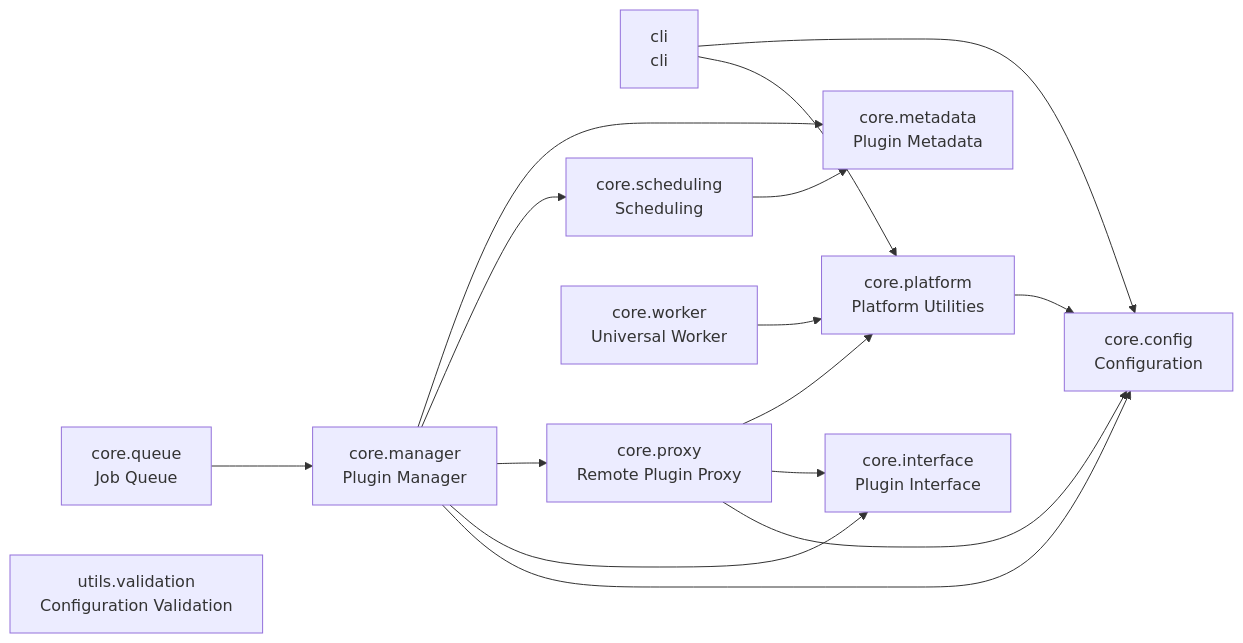
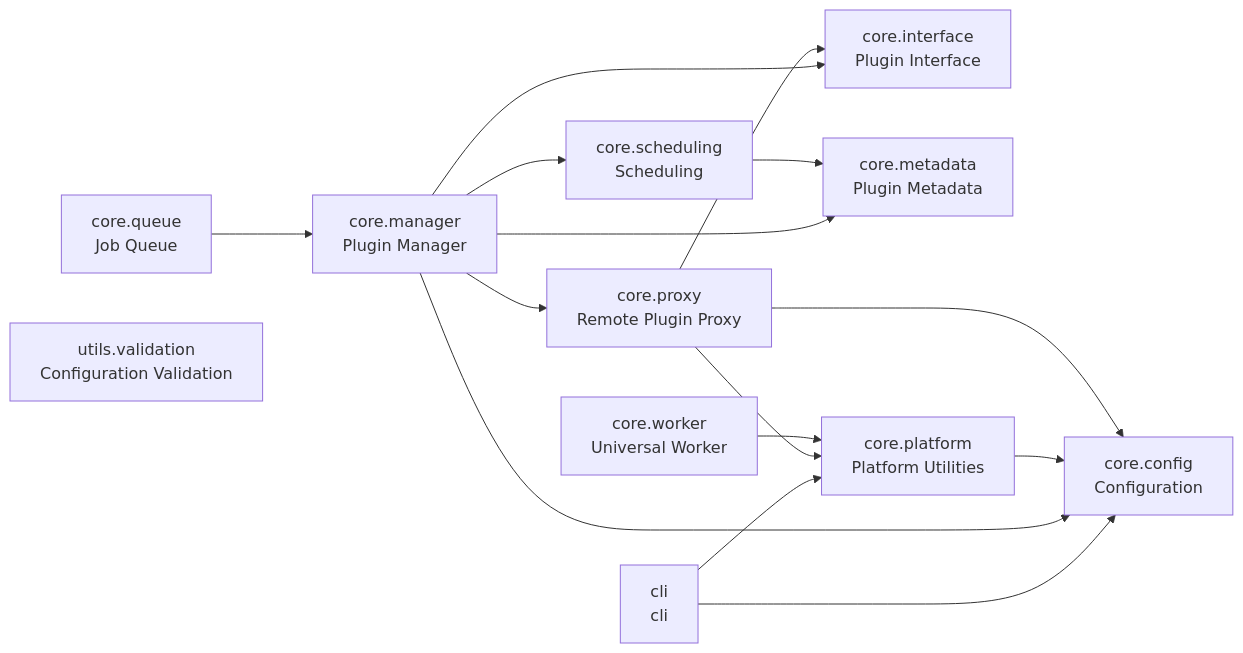
Before and after one commit to cj-mills/cjm-plugin-system: the diagram in README.md, drawn with Mermaid. The commit also changed other lines of this file and 12 other files, not shown here.

````diff
--- a/README.md
+++ b/README.md
@@ -33,29 +33,29 @@
 ``` mermaid
 graph LR
     cli[cli<br/>cli]
     core_config[core.config<br/>Configuration]
     core_interface[core.interface<br/>Plugin Interface]
     core_manager[core.manager<br/>Plugin Manager]
     core_metadata[core.metadata<br/>Plugin Metadata]
     core_platform[core.platform<br/>Platform Utilities]
     core_proxy[core.proxy<br/>Remote Plugin Proxy]
     core_queue[core.queue<br/>Job Queue]
     core_scheduling[core.scheduling<br/>Scheduling]
     core_worker[core.worker<br/>Universal Worker]
     utils_validation[utils.validation<br/>Configuration Validation]
 
+    cli --> core_platform
     cli --> core_config
-    cli --> core_platform
+    core_manager --> core_proxy
     core_manager --> core_metadata
     core_manager --> core_scheduling
-    core_manager --> core_proxy
     core_manager --> core_interface
     core_manager --> core_config
     core_platform --> core_config
+    core_proxy --> core_interface
     core_proxy --> core_platform
-    core_proxy --> core_interface
     core_proxy --> core_config
     core_queue --> core_manager
     core_scheduling --> core_metadata
     core_worker --> core_platform
 ```
````
